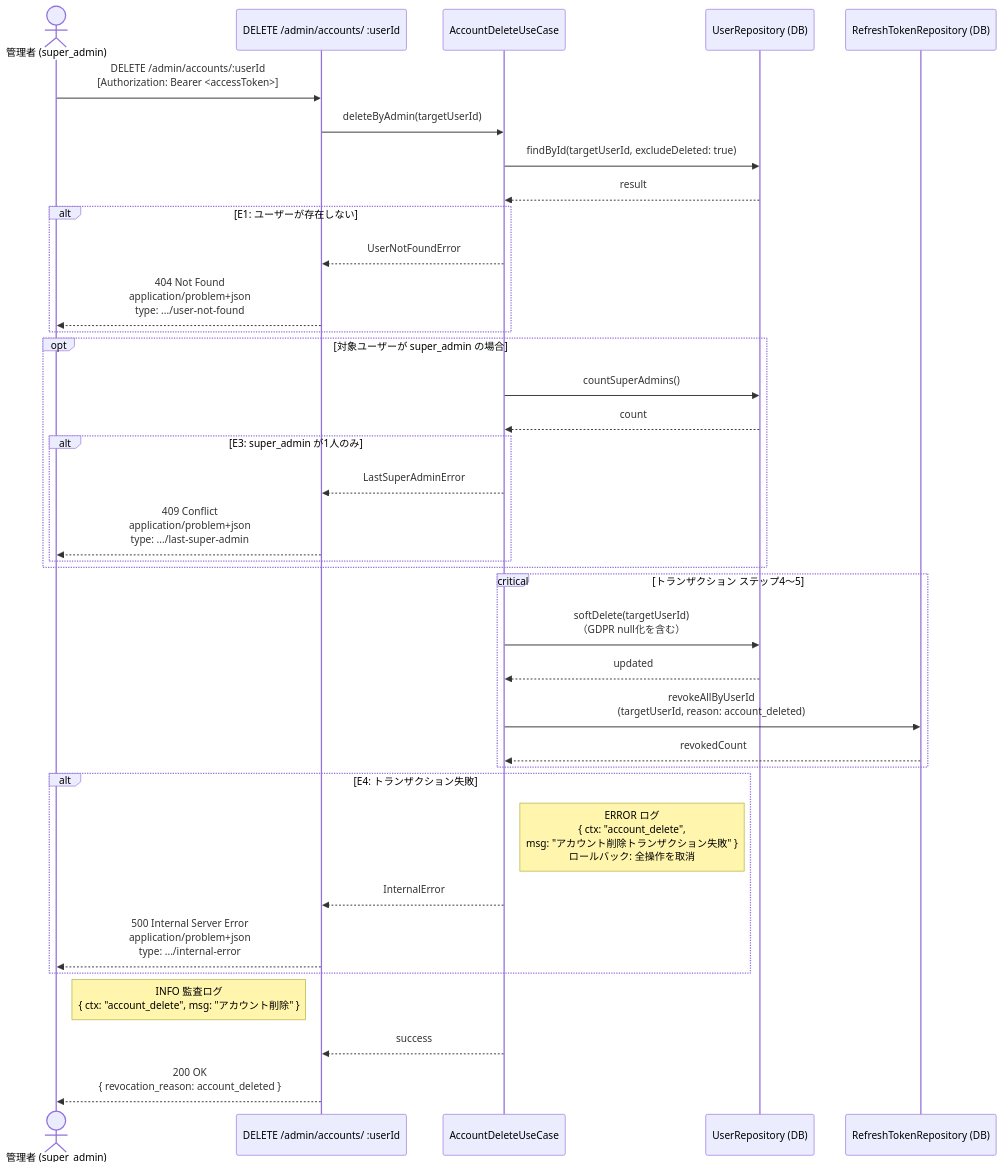
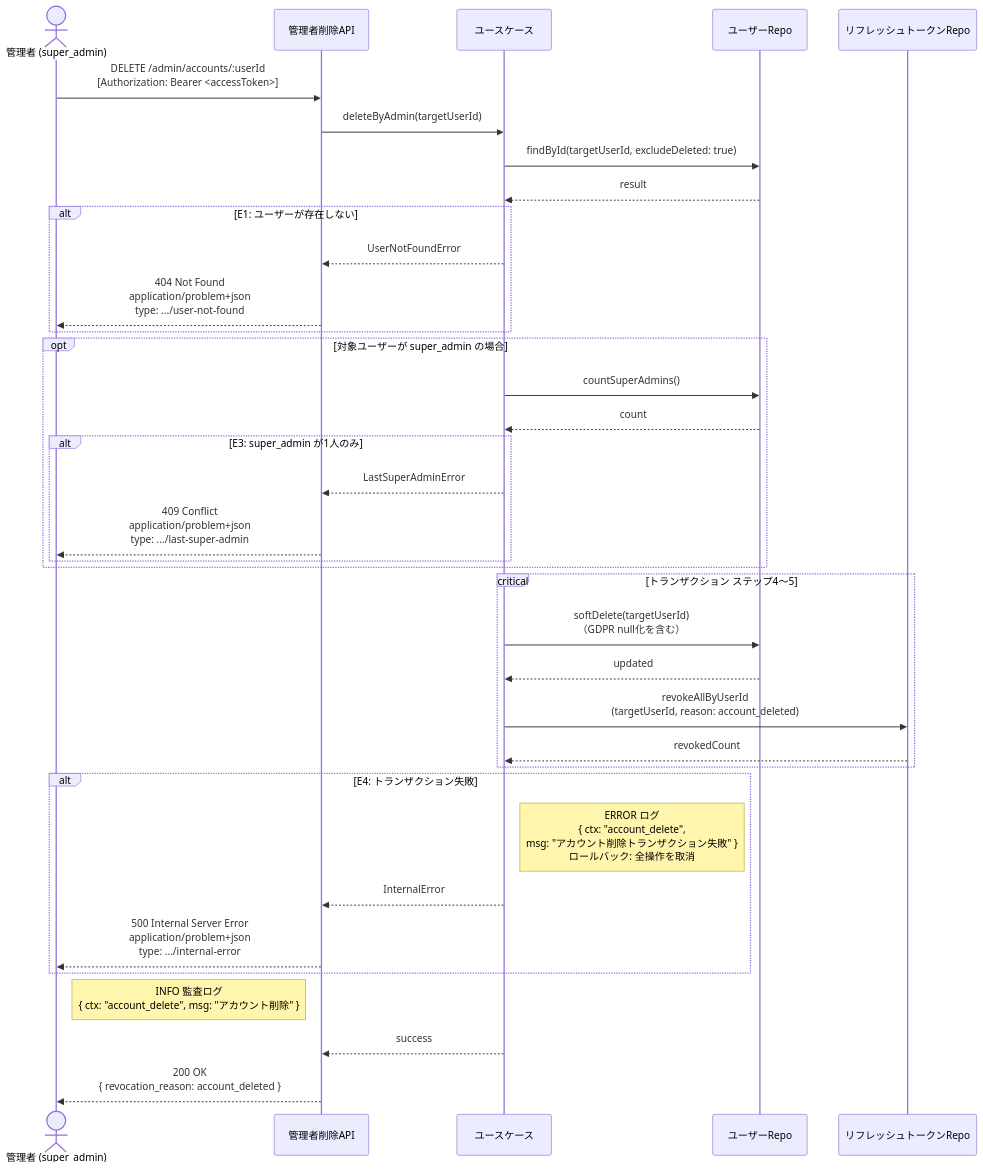
The second of 3 diagrams in .docs/design/buc/BUC-A06.md (suunet/POC_HYDRA_AUTH), drawn with Mermaid before and after one commit. The commit also changed other lines of this file and 15 other files, not shown here.

````diff
--- a/.docs/design/buc/BUC-A06.md
+++ b/.docs/design/buc/BUC-A06.md
@@ -121,38 +121,38 @@
 ```mermaid
 sequenceDiagram
-  actor 管理者 as 管理者 (super_admin)
-  participant 管理者削除API as DELETE /admin/accounts/ :userId
-  participant ユースケース as AccountDeleteUseCase
-  participant ユーザーRepo as UserRepository (DB)
-  participant リフレッシュトークンRepo as RefreshTokenRepository (DB)
-  管理者->>管理者削除API: DELETE /admin/accounts/:userId<br/>[Authorization: Bearer <accessToken>]
-  管理者削除API->>ユースケース: deleteByAdmin(targetUserId)
-  ユースケース->>ユーザーRepo: findById(targetUserId, excludeDeleted: true)
-  ユーザーRepo-->>ユースケース: result
+  actor Admin as 管理者 (super_admin)
+  participant AdminDeleteAPI as 管理者削除API
+  participant UseCase as ユースケース
+  participant UserRepo as ユーザーRepo
+  participant RefreshRepo as リフレッシュトークンRepo
+  Admin->>AdminDeleteAPI: DELETE /admin/accounts/:userId<br/>[Authorization: Bearer <accessToken>]
+  AdminDeleteAPI->>UseCase: deleteByAdmin(targetUserId)
+  UseCase->>UserRepo: findById(targetUserId, excludeDeleted: true)
+  UserRepo-->>UseCase: result
   alt E1: ユーザーが存在しない
-  ユースケース-->>管理者削除API: UserNotFoundError
-  管理者削除API-->>管理者: 404 Not Found<br/>application/problem+json<br/>type: .../user-not-found
+  UseCase-->>AdminDeleteAPI: UserNotFoundError
+  AdminDeleteAPI-->>Admin: 404 Not Found<br/>application/problem+json<br/>type: .../user-not-found
   end
   opt 対象ユーザーが super_admin の場合
-  ユースケース->>ユーザーRepo: countSuperAdmins()
-  ユーザーRepo-->>ユースケース: count
+  UseCase->>UserRepo: countSuperAdmins()
+  UserRepo-->>UseCase: count
   alt E3: super_admin が1人のみ
-  ユースケース-->>管理者削除API: LastSuperAdminError
-  管理者削除API-->>管理者: 409 Conflict<br/>application/problem+json<br/>type: .../last-super-admin
+  UseCase-->>AdminDeleteAPI: LastSuperAdminError
+  AdminDeleteAPI-->>Admin: 409 Conflict<br/>application/problem+json<br/>type: .../last-super-admin
   end
   end
   critical トランザクション ステップ4〜5
-  ユースケース->>ユーザーRepo: softDelete(targetUserId)<br/>（GDPR null化を含む）
-  ユーザーRepo-->>ユースケース: updated
-  ユースケース->>リフレッシュトークンRepo: revokeAllByUserId<br/>(targetUserId, reason: account_deleted)
-  リフレッシュトークンRepo-->>ユースケース: revokedCount
+  UseCase->>UserRepo: softDelete(targetUserId)<br/>（GDPR null化を含む）
+  UserRepo-->>UseCase: updated
+  UseCase->>RefreshRepo: revokeAllByUserId<br/>(targetUserId, reason: account_deleted)
+  RefreshRepo-->>UseCase: revokedCount
   end
   alt E4: トランザクション失敗
-  Note right of ユースケース: ERROR ログ<br/>{ ctx: "account_delete",<br/>msg: "アカウント削除トランザクション失敗" }<br/>ロールバック: 全操作を取消
-  ユースケース-->>管理者削除API: InternalError
-  管理者削除API-->>管理者: 500 Internal Server Error<br/>application/problem+json<br/>type: .../internal-error
+  Note right of UseCase: ERROR ログ<br/>{ ctx: "account_delete",<br/>msg: "アカウント削除トランザクション失敗" }<br/>ロールバック: 全操作を取消
+  UseCase-->>AdminDeleteAPI: InternalError
+  AdminDeleteAPI-->>Admin: 500 Internal Server Error<br/>application/problem+json<br/>type: .../internal-error
   end
-  Note right of 管理者: INFO 監査ログ<br/>{ ctx: "account_delete", msg: "アカウント削除" }
-  ユースケース-->>管理者削除API: success
-  管理者削除API-->>管理者: 200 OK<br/>{ revocation_reason: account_deleted }
+  Note right of Admin: INFO 監査ログ<br/>{ ctx: "account_delete", msg: "アカウント削除" }
+  UseCase-->>AdminDeleteAPI: success
+  AdminDeleteAPI-->>Admin: 200 OK<br/>{ revocation_reason: account_deleted }
 ```
````
